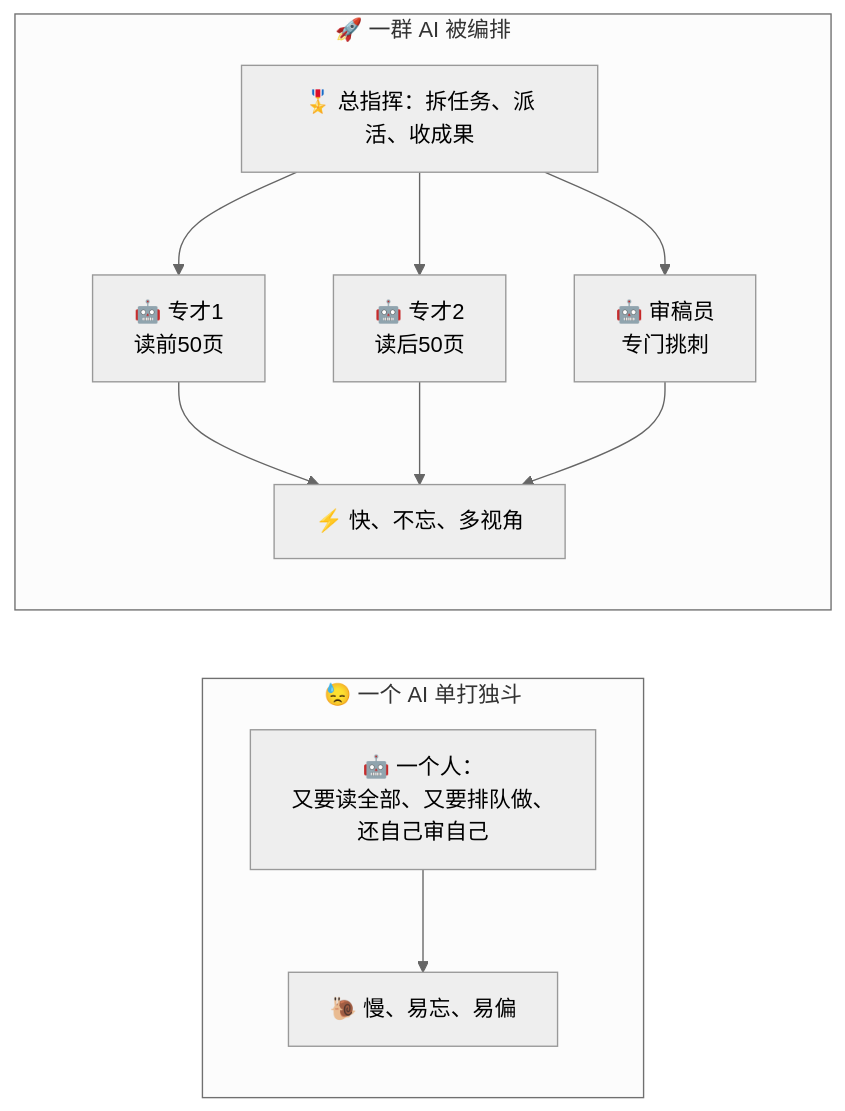
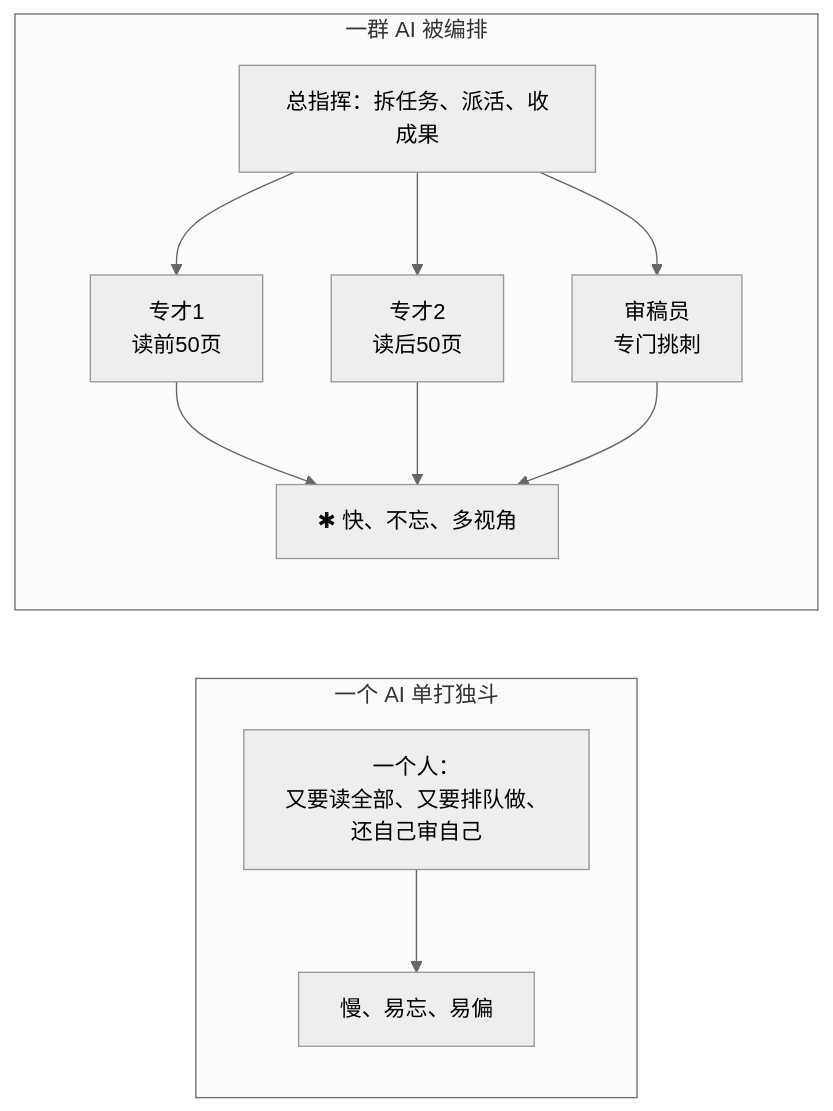
One commit to luckykhy/KhyAiHub changed the first of 6 diagrams in docs/02_CONCEPTS_概念入门/CONCEPT/[CONCEPT-20] 什么是智能体编排-Orchestration.md. Above: the diagram before and after it, drawn with Mermaid (neutral theme). The commit also changed other lines of this file, not shown here.

````diff
--- a/docs/02_CONCEPTS_概念入门/CONCEPT/[CONCEPT-20] 什么是智能体编排-Orchestration.md
+++ b/docs/02_CONCEPTS_概念入门/CONCEPT/[CONCEPT-20] 什么是智能体编排-Orchestration.md
@@ -41,15 +41,15 @@
 ```mermaid
 flowchart LR
-  subgraph 单兵["😓 一个 AI 单打独斗"]
-    ONE["🤖 一个人：<br/>又要读全部、又要排队做、<br/>还自己审自己"] --> SLOW["🐌 慢、易忘、易偏"]
+  subgraph 单兵["一个 AI 单打独斗"]
+    ONE["一个人：<br/>又要读全部、又要排队做、<br/>还自己审自己"] --> SLOW["慢、易忘、易偏"]
   end
-  subgraph 军团["🚀 一群 AI 被编排"]
-    BOSS["🎖️ 总指挥：拆任务、派活、收成果"]
-    BOSS --> W1["🤖 专才1<br/>读前50页"]
-    BOSS --> W2["🤖 专才2<br/>读后50页"]
-    BOSS --> W3["🤖 审稿员<br/>专门挑刺"]
-    W1 --> FAST["⚡ 快、不忘、多视角"]
+  subgraph 军团["一群 AI 被编排"]
+    BOSS["总指挥：拆任务、派活、收成果"]
+    BOSS --> W1["专才1<br/>读前50页"]
+    BOSS --> W2["专才2<br/>读后50页"]
+    BOSS --> W3["审稿员<br/>专门挑刺"]
+    W1 --> FAST["✱ 快、不忘、多视角"]
     W2 --> FAST
     W3 --> FAST
   end
 ```
````
